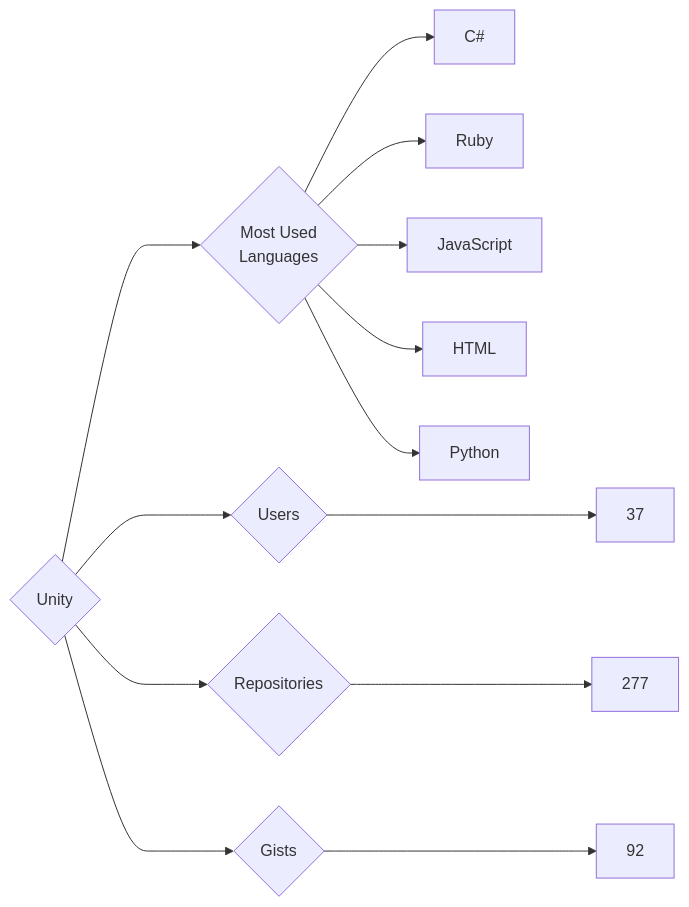
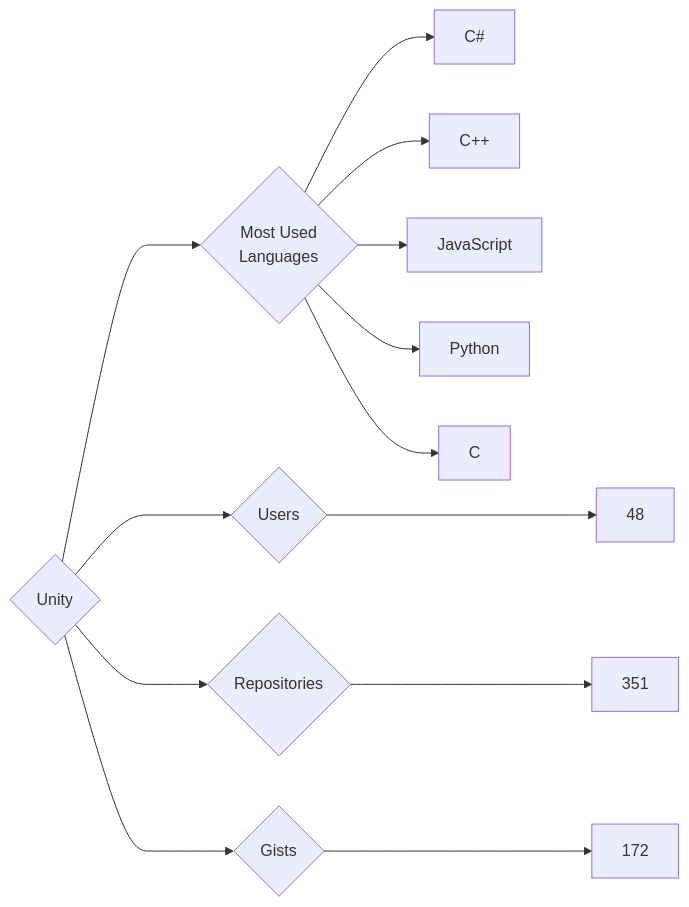
One commit to trickest/insiders changed the diagram in targets/Unity/README.md. Above: the diagram before and after it, drawn with Mermaid. The commit also changed 940 other files, not shown here.

````diff
--- a/targets/Unity/README.md
+++ b/targets/Unity/README.md
@@ -3,13 +3,13 @@
 ```mermaid
 graph LR
 COMPANY_NAME{Unity}
-COMPANY_NAME ---> U{Users} ---> UN[37]
-COMPANY_NAME ---> R{Repositories} ---> RN[277]
-COMPANY_NAME ---> G{Gists} ---> GN[92]
+COMPANY_NAME ---> U{Users} ---> UN[48]
+COMPANY_NAME ---> R{Repositories} ---> RN[351]
+COMPANY_NAME ---> G{Gists} ---> GN[172]
 COMPANY_NAME ---> ML{Most Used<br>Languages}
 ML --> C#[C#]
-ML --> Ruby[Ruby]
+ML --> C++[C++]
 ML --> JavaScript[JavaScript]
-ML --> HTML[HTML]
 ML --> Python[Python]
+ML --> C[C]
 ```
````
